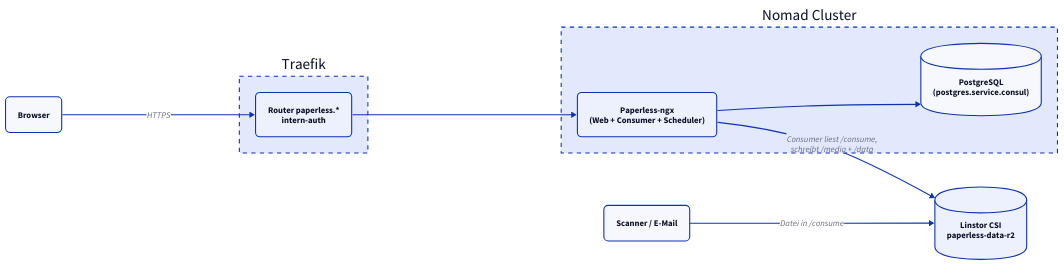
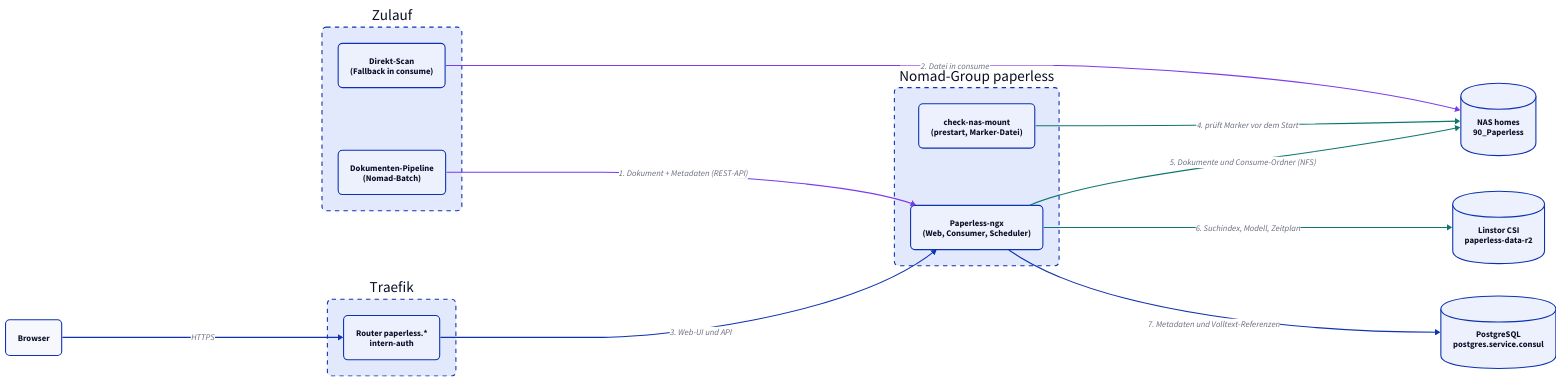
The diagram in docs/dienste/paperless/index.md (derever-labs/homelab-wiki), drawn with D2 before and after one commit. The commit also changed other lines of this file and 4 other files, not shown here.

First line of the commit message:
docs(paperless): Ueberholung mit Hybrid-Ablage und Start-Guard abbilden

````diff
--- a/docs/dienste/paperless/index.md
+++ b/docs/dienste/paperless/index.md
@@ -33,25 +37,56 @@
 ```d2
+classes: {
+  node: {
+    style: {
+      border-radius: 8
+    }
+  }
+  data: {
+    shape: cylinder
+    style: {
+      border-radius: 8
+    }
+  }
+  container: {
+    style: {
+      border-radius: 8
+      stroke-dash: 4
+    }
+  }
+  importweg: { style: { stroke: "#7c3aed" } }
+  ablageweg: { style: { stroke: "#0f766e" } }
+}
+
 direction: right
 
-USER: Browser { style.border-radius: 8 }
-SCAN: "Scanner / E-Mail" { style.border-radius: 8 }
+Quellen: Zulauf {
+  class: container
+  PIPE: "Dokumenten-Pipeline\n(Nomad-Batch)" { class: node }
+  SCAN: "Direkt-Scan\n(Fallback in consume)" { class: node }
+}
 
 Traefik: Traefik {
-  style.stroke-dash: 4
-  R1: "Router paperless.*\nintern-auth" { style.border-radius: 8 }
+  class: container
+  R1: "Router paperless.*\nintern-auth" { class: node }
 }
 
-Nomad: Nomad Cluster {
-  style.stroke-dash: 4
-  PL: "Paperless-ngx\n(Web + Consumer + Scheduler)" { style.border-radius: 8 }
-  PG: "PostgreSQL\n(postgres.service.consul)" { shape: cylinder }
+Nomad: "Nomad-Group paperless" {
+  class: container
+  GUARD: "check-nas-mount\n(prestart, Marker-Datei)" { class: node }
+  PL: "Paperless-ngx\n(Web, Consumer, Scheduler)" { class: node }
 }
 
-CSI: "Linstor CSI\npaperless-data-r2" { shape: cylinder }
+NAS: "NAS homes\n90_Paperless" { class: data }
+CSI: "Linstor CSI\npaperless-data-r2" { class: data }
+PG: "PostgreSQL\npostgres.service.consul" { class: data }
+USER: Browser { class: node }
 
+Quellen.PIPE -> Nomad.PL: "1. Dokument + Metadaten (REST-API)" { class: importweg }
+Quellen.SCAN -> NAS: "2. Datei in consume" { class: importweg }
 USER -> Traefik.R1: HTTPS
-SCAN -> CSI: Datei in /consume
-Traefik.R1 -> Nomad.PL
-Nomad.PL -> CSI: "Consumer liest /consume,\nschreibt /media + /data"
-Nomad.PL -> Nomad.PG
+Traefik.R1 -> Nomad.PL: "3. Web-UI und API"
+Nomad.GUARD -> NAS: "4. prüft Marker vor dem Start" { class: ablageweg }
+Nomad.PL -> NAS: "5. Dokumente und Consume-Ordner (NFS)" { class: ablageweg }
+Nomad.PL -> CSI: "6. Suchindex, Modell, Zeitplan" { class: ablageweg }
+Nomad.PL -> PG: "7. Metadaten und Volltext-Referenzen"
 ```
````
